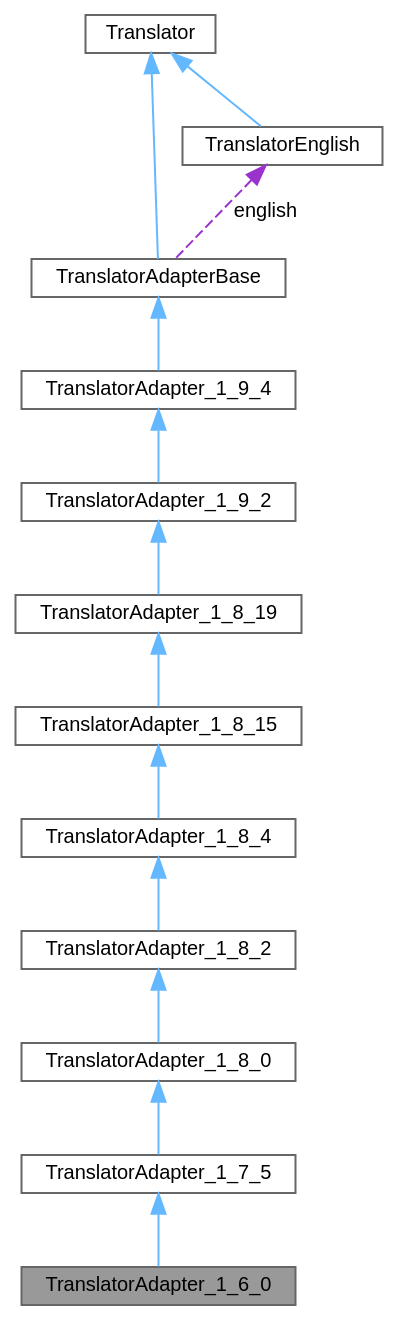
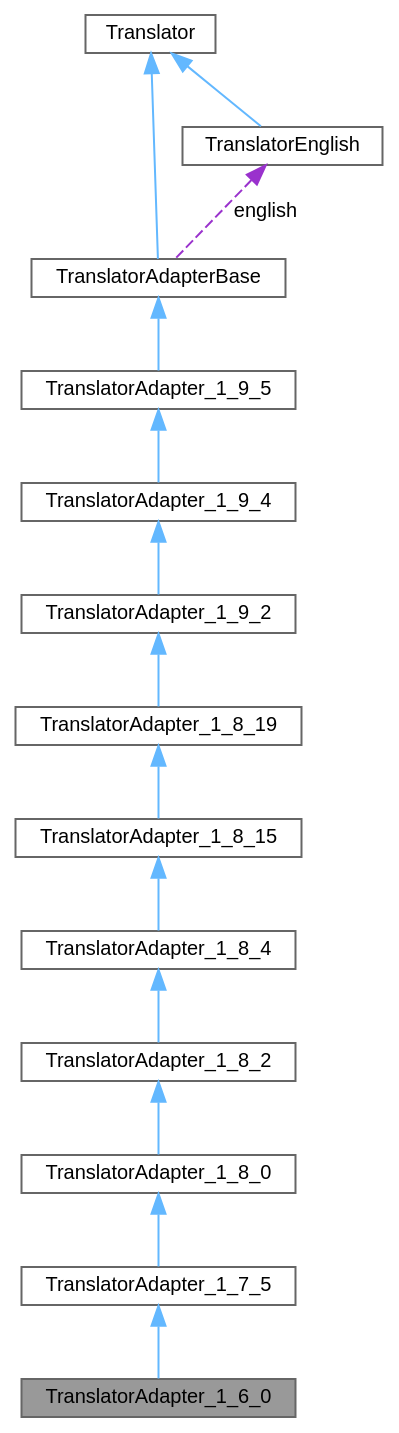
Before and after one commit to petyovsky/doxygen: the diagram in d8/d0c/class_translator_adapter__1__6__0__coll__graph.dot, drawn with Graphviz. The commit also changed 850 other files, not shown here.

```diff
--- a/d8/d0c/class_translator_adapter__1__6__0__coll__graph.dot
+++ b/d8/d0c/class_translator_adapter__1__6__0__coll__graph.dot
@@ -1,32 +1,34 @@
 digraph "TranslatorAdapter_1_6_0"
 {
  // INTERACTIVE_SVG=YES
  // LATEX_PDF_SIZE
   bgcolor="transparent";
   edge [fontname=Helvetica,fontsize=10,labelfontname=Helvetica,labelfontsize=10];
   node [fontname=Helvetica,fontsize=10,shape=box,height=0.2,width=0.4];
   Node1 [label="TranslatorAdapter_1_6_0",height=0.2,width=0.4,color="gray40", fillcolor="grey60", style="filled", fontcolor="black",tooltip="Adapter class for languages that only contain translations up to version 1.6.0."];
   Node2 -> Node1 [dir="back",color="steelblue1",style="solid"];
   Node2 [label="TranslatorAdapter_1_7_5",height=0.2,width=0.4,color="gray40", fillcolor="white", style="filled",URL="$da/d24/class_translator_adapter__1__7__5.html",tooltip="Adapter class for languages that only contain translations up to version 1.7.5."];
   Node3 -> Node2 [dir="back",color="steelblue1",style="solid"];
   Node3 [label="TranslatorAdapter_1_8_0",height=0.2,width=0.4,color="gray40", fillcolor="white", style="filled",URL="$de/d49/class_translator_adapter__1__8__0.html",tooltip="Adapter class for languages that only contain translations up to version 1.8.0."];
   Node4 -> Node3 [dir="back",color="steelblue1",style="solid"];
   Node4 [label="TranslatorAdapter_1_8_2",height=0.2,width=0.4,color="gray40", fillcolor="white", style="filled",URL="$d2/d75/class_translator_adapter__1__8__2.html",tooltip=" "];
   Node5 -> Node4 [dir="back",color="steelblue1",style="solid"];
   Node5 [label="TranslatorAdapter_1_8_4",height=0.2,width=0.4,color="gray40", fillcolor="white", style="filled",URL="$de/d2f/class_translator_adapter__1__8__4.html",tooltip=" "];
   Node6 -> Node5 [dir="back",color="steelblue1",style="solid"];
   Node6 [label="TranslatorAdapter_1_8_15",height=0.2,width=0.4,color="gray40", fillcolor="white", style="filled",URL="$d4/d2e/class_translator_adapter__1__8__15.html",tooltip=" "];
   Node7 -> Node6 [dir="back",color="steelblue1",style="solid"];
   Node7 [label="TranslatorAdapter_1_8_19",height=0.2,width=0.4,color="gray40", fillcolor="white", style="filled",URL="$de/dde/class_translator_adapter__1__8__19.html",tooltip=" "];
   Node8 -> Node7 [dir="back",color="steelblue1",style="solid"];
   Node8 [label="TranslatorAdapter_1_9_2",height=0.2,width=0.4,color="gray40", fillcolor="white", style="filled",URL="$d3/d2e/class_translator_adapter__1__9__2.html",tooltip=" "];
   Node9 -> Node8 [dir="back",color="steelblue1",style="solid"];
   Node9 [label="TranslatorAdapter_1_9_4",height=0.2,width=0.4,color="gray40", fillcolor="white", style="filled",URL="$d0/d33/class_translator_adapter__1__9__4.html",tooltip=" "];
   Node10 -> Node9 [dir="back",color="steelblue1",style="solid"];
-  Node10 [label="TranslatorAdapterBase",height=0.2,width=0.4,color="gray40", fillcolor="white", style="filled",URL="$db/d6c/class_translator_adapter_base.html",tooltip="Base of the translator adapter tree."];
+  Node10 [label="TranslatorAdapter_1_9_5",height=0.2,width=0.4,color="gray40", fillcolor="white", style="filled",URL="$dd/dba/class_translator_adapter__1__9__5.html",tooltip=" "];
   Node11 -> Node10 [dir="back",color="steelblue1",style="solid"];
-  Node11 [label="Translator",height=0.2,width=0.4,color="gray40", fillcolor="white", style="filled",URL="$d8/dfb/class_translator.html",tooltip="Abstract base class for all translatable text fragments."];
-  Node12 -> Node10 [dir="back",color="darkorchid3",style="dashed",label=" english" ];
-  Node12 [label="TranslatorEnglish",height=0.2,width=0.4,color="gray40", fillcolor="white", style="filled",URL="$d6/d78/class_translator_english.html",tooltip=" "];
-  Node11 -> Node12 [dir="back",color="steelblue1",style="solid"];
+  Node11 [label="TranslatorAdapterBase",height=0.2,width=0.4,color="gray40", fillcolor="white", style="filled",URL="$db/d6c/class_translator_adapter_base.html",tooltip="Base of the translator adapter tree."];
+  Node12 -> Node11 [dir="back",color="steelblue1",style="solid"];
+  Node12 [label="Translator",height=0.2,width=0.4,color="gray40", fillcolor="white", style="filled",URL="$d8/dfb/class_translator.html",tooltip="Abstract base class for all translatable text fragments."];
+  Node13 -> Node11 [dir="back",color="darkorchid3",style="dashed",label=" english" ];
+  Node13 [label="TranslatorEnglish",height=0.2,width=0.4,color="gray40", fillcolor="white", style="filled",URL="$d6/d78/class_translator_english.html",tooltip=" "];
+  Node12 -> Node13 [dir="back",color="steelblue1",style="solid"];
 }
```
